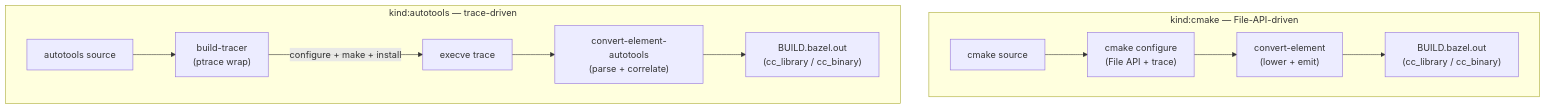
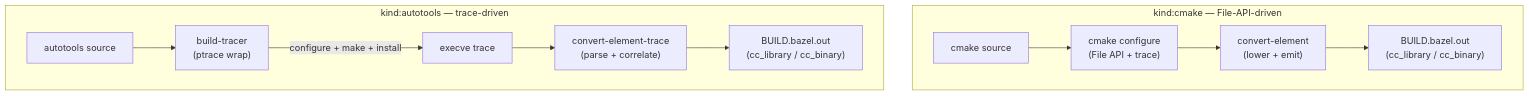
The second of 3 diagrams in docs/overview.md (sstriker/buildstream-bazel), drawn with Mermaid before and after one commit. The commit also changed other lines of this file and 49 other files, not shown here.

````diff
--- a/docs/overview.md
+++ b/docs/overview.md
@@ -60,14 +60,14 @@
 ```mermaid
 flowchart TB
     subgraph CMAKE [kind:cmake — File-API-driven]
         CSRC["cmake source"] --> CCMAKE["cmake configure<br/>(File API + trace)"]
         CCMAKE --> CCONV["convert-element<br/>(lower + emit)"]
         CCONV --> CBUILD["BUILD.bazel.out<br/>(cc_library / cc_binary)"]
     end
     subgraph AUTO [kind:autotools — trace-driven]
         ASRC["autotools source"] --> ATRACE["build-tracer<br/>(ptrace wrap)"]
         ATRACE -- "configure + make + install" --> ATRACE2["execve trace"]
-        ATRACE2 --> ACONV["convert-element-autotools<br/>(parse + correlate)"]
+        ATRACE2 --> ACONV["convert-element-trace<br/>(parse + correlate)"]
         ACONV --> ABUILD["BUILD.bazel.out<br/>(cc_library / cc_binary)"]
     end
 ```
````
